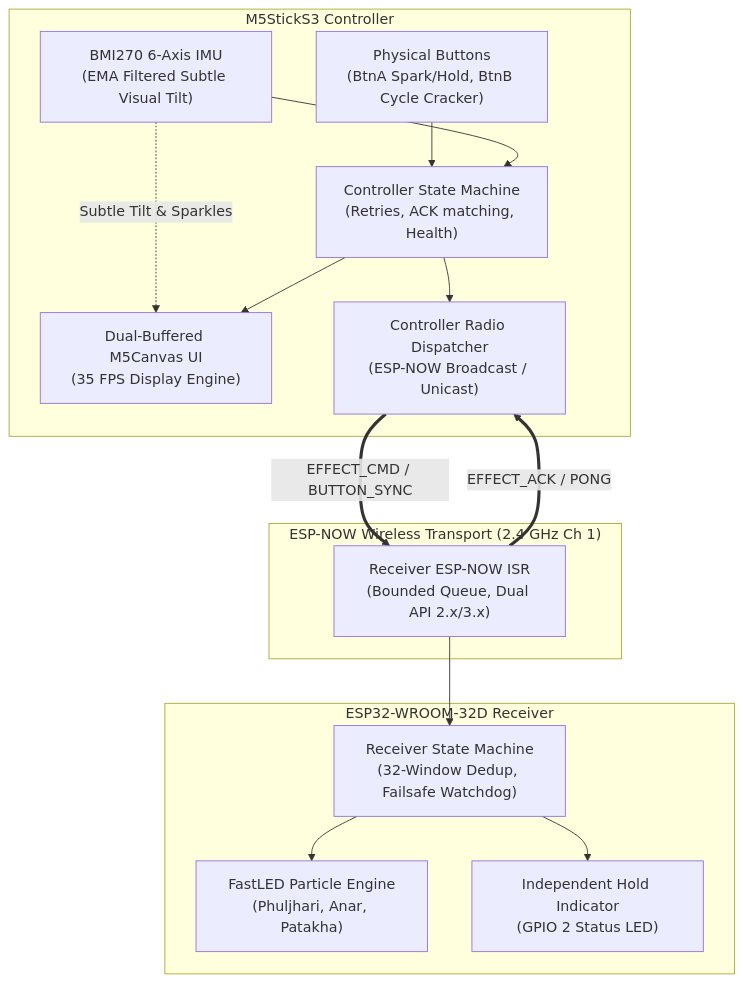
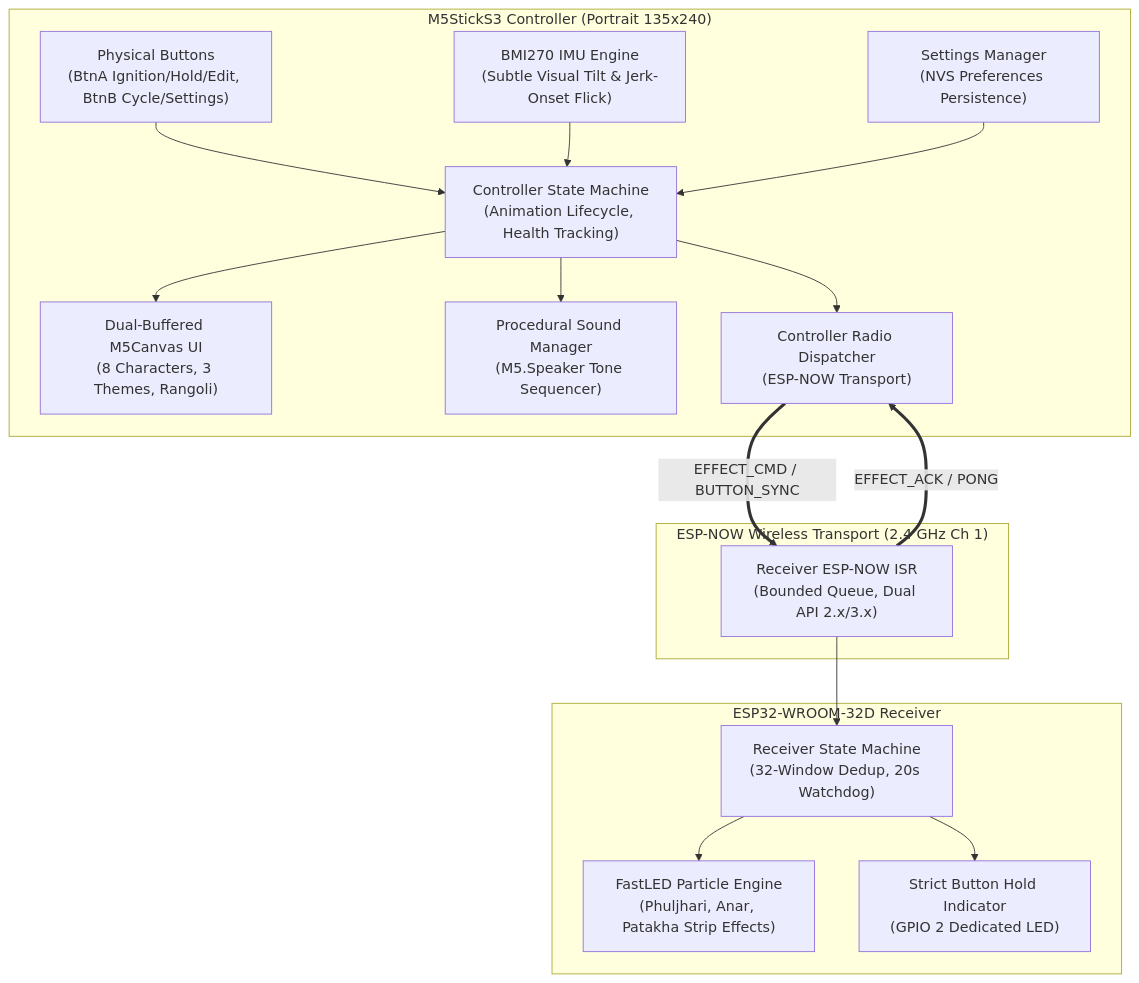
The diagram in README.md (Vivek-live-now/Phuljhari), drawn with Mermaid before and after one commit. The commit also changed other lines of this file and 20 other files, not shown here.

Commit message:
feat: Phuljhari 2.0 pocket diwali festival with portrait UI, 8 characters, flick-to-start, sound, and settings

````diff
--- a/README.md
+++ b/README.md
@@ -57,32 +147,35 @@
 ```mermaid
 flowchart TD
-    subgraph Controller ["M5StickS3 Controller"]
-        UI["Dual-Buffered M5Canvas UI<br/>(35 FPS Display Engine)"]
-        IMU["BMI270 6-Axis IMU<br/>(EMA Filtered Subtle Visual Tilt)"]
-        BTN["Physical Buttons<br/>(BtnA Spark/Hold, BtnB Cycle Cracker)"]
-        CSM["Controller State Machine<br/>(Retries, ACK matching, Health)"]
-        CRADIO["Controller Radio Dispatcher<br/>(ESP-NOW Broadcast / Unicast)"]
+    subgraph Controller ["M5StickS3 Controller (Portrait 135x240)"]
+        UI["Dual-Buffered M5Canvas UI<br/>(8 Characters, 3 Themes, Rangoli)"]
+        IMU["BMI270 IMU Engine<br/>(Subtle Visual Tilt & Jerk-Onset Flick)"]
+        SND["Procedural Sound Manager<br/>(M5.Speaker Tone Sequencer)"]
+        BTN["Physical Buttons<br/>(BtnA Ignition/Hold/Edit, BtnB Cycle/Settings)"]
+        SET["Settings Manager<br/>(NVS Preferences Persistence)"]
+        CSM["Controller State Machine<br/>(Animation Lifecycle, Health Tracking)"]
+        CRADIO["Controller Radio Dispatcher<br/>(ESP-NOW Transport)"]
         
         BTN --> CSM
         IMU --> CSM
-        IMU -. Subtle Tilt & Sparkles .-> UI
+        SET --> CSM
         CSM --> UI
+        CSM --> SND
         CSM --> CRADIO
     end
 
     subgraph RF ["ESP-NOW Wireless Transport (2.4 GHz Ch 1)"]
         CRADIO ==>|"EFFECT_CMD / BUTTON_SYNC"| RRADIO
         RRADIO ==>|"EFFECT_ACK / PONG"| CRADIO
     end
 
     subgraph Receiver ["ESP32-WROOM-32D Receiver"]
         RRADIO["Receiver ESP-NOW ISR<br/>(Bounded Queue, Dual API 2.x/3.x)"]
-        RSM["Receiver State Machine<br/>(32-Window Dedup, Failsafe Watchdog)"]
-        LED["FastLED Particle Engine<br/>(Phuljhari, Anar, Patakha)"]
-        BENCH["Independent Hold Indicator<br/>(GPIO 2 Status LED)"]
+        RSM["Receiver State Machine<br/>(32-Window Dedup, 20s Watchdog)"]
+        LED["FastLED Particle Engine<br/>(Phuljhari, Anar, Patakha Strip Effects)"]
+        BENCH["Strict Button Hold Indicator<br/>(GPIO 2 Dedicated LED)"]
         
         RRADIO --> RSM
         RSM --> LED
         RSM --> BENCH
     end
 ```
````
